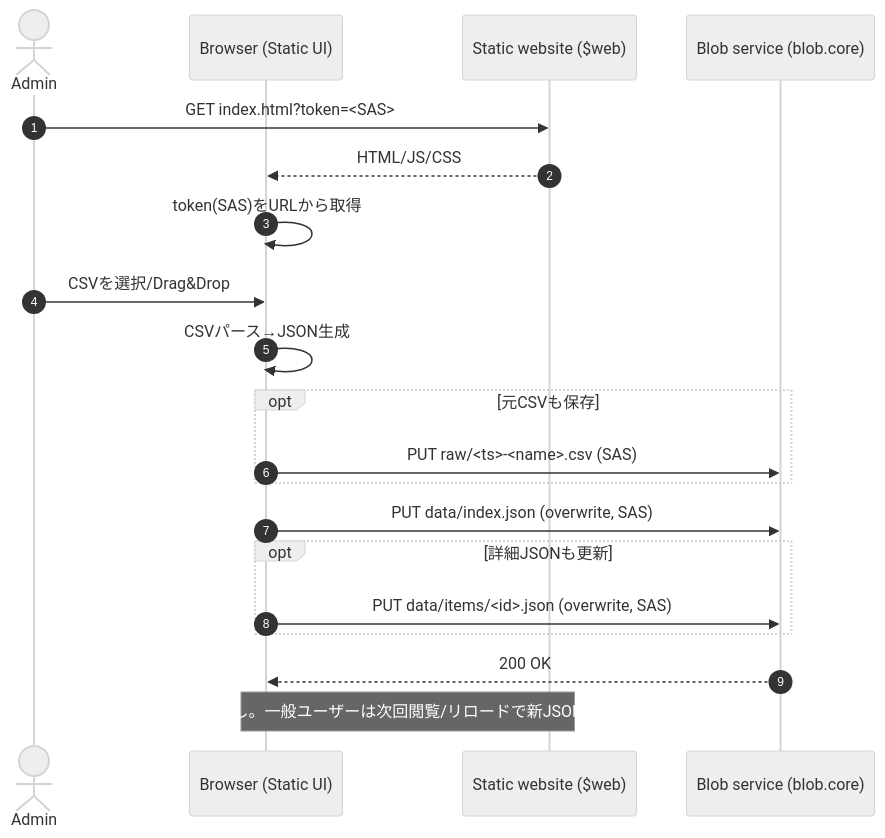
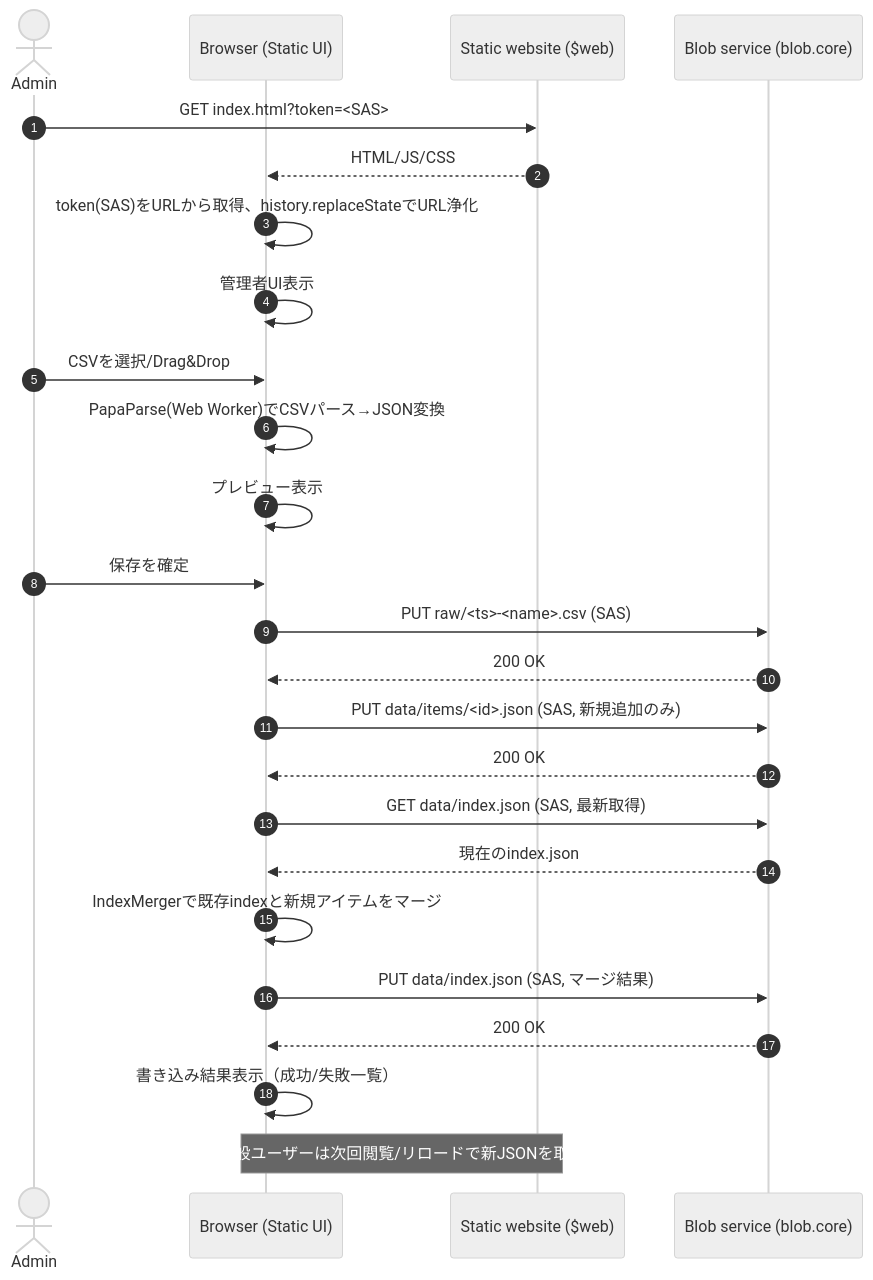
One commit to nuitsjp/teams-board changed the diagram in docs/architecture.md. Above: the diagram before and after it, drawn with Mermaid (neutral theme). The commit also changed other lines of this file and 1 other file, not shown here.

````diff
--- a/docs/architecture.md
+++ b/docs/architecture.md
@@ -93,23 +155,33 @@
 ```mermaid
 sequenceDiagram
   autonumber
   actor A as Admin
   participant UI as Browser (Static UI)
   participant WEB as Static website ($web)
   participant BLOB as Blob service (blob.core)
 
   A->>WEB: GET index.html?token=<SAS>
   WEB-->>UI: HTML/JS/CSS
-  UI->>UI: token(SAS)をURLから取得
+  UI->>UI: token(SAS)をURLから取得、history.replaceStateでURL浄化
+  UI->>UI: 管理者UI表示
   A->>UI: CSVを選択/Drag&Drop
-  UI->>UI: CSVパース→JSON生成
-  opt 元CSVも保存
-    UI->>BLOB: PUT raw/<ts>-<name>.csv (SAS)
-  end
-  UI->>BLOB: PUT data/index.json (overwrite, SAS)
-  opt 詳細JSONも更新
-    UI->>BLOB: PUT data/items/<id>.json (overwrite, SAS)
-  end
+  UI->>UI: PapaParse(Web Worker)でCSVパース→JSON変換
+  UI->>UI: プレビュー表示
+  A->>UI: 保存を確定
+
+  UI->>BLOB: PUT raw/<ts>-<name>.csv (SAS)
   BLOB-->>UI: 200 OK
-  Note over UI,WEB: 通知なし。一般ユーザーは次回閲覧/リロードで新JSONを取得
+
+  UI->>BLOB: PUT data/items/<id>.json (SAS, 新規追加のみ)
+  BLOB-->>UI: 200 OK
+
+  UI->>BLOB: GET data/index.json (SAS, 最新取得)
+  BLOB-->>UI: 現在のindex.json
+  UI->>UI: IndexMergerで既存indexと新規アイテムをマージ
+
+  UI->>BLOB: PUT data/index.json (SAS, マージ結果)
+  BLOB-->>UI: 200 OK
+  UI->>UI: 書き込み結果表示（成功/失敗一覧）
+
+  Note over UI,WEB: 一般ユーザーは次回閲覧/リロードで新JSONを取得
 ```
````
